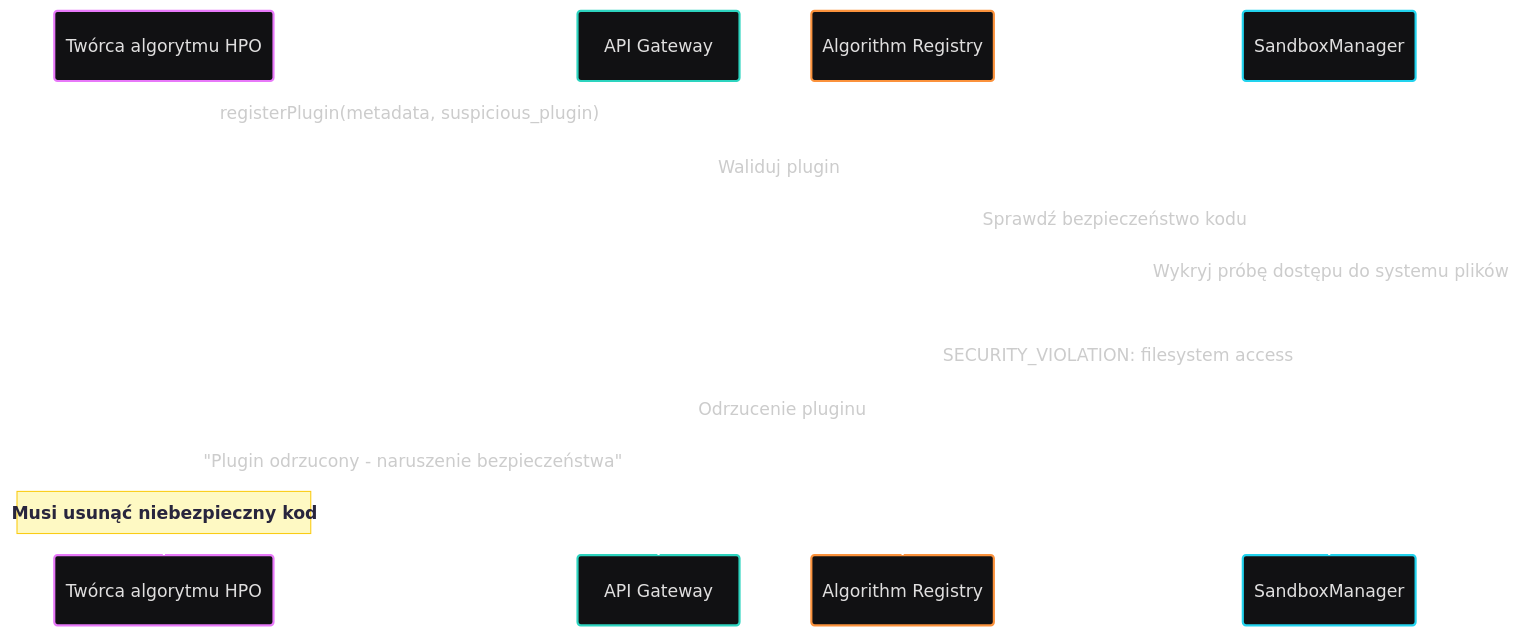
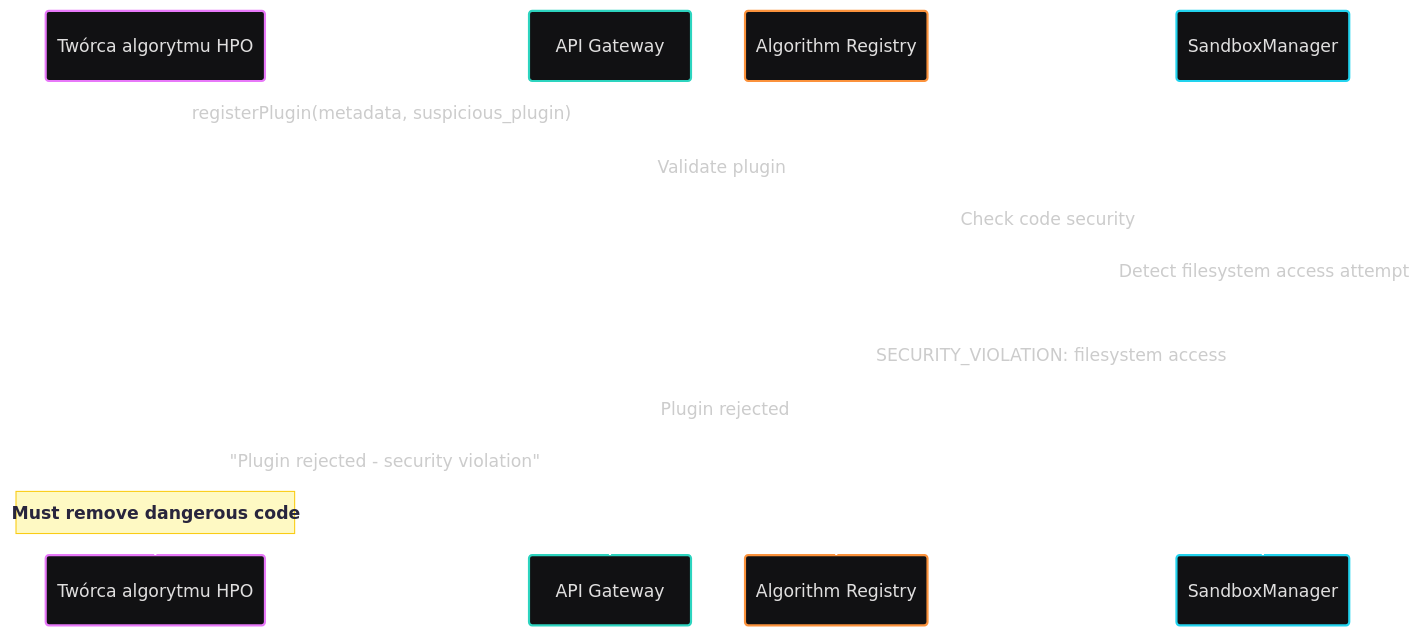
Before and after one commit to jedrzejpolaczek/aviarium.corvidae.corvus_corone: diagram 11 of 33 in docs/requirements/use-cases.md, drawn with Mermaid. The commit also changed other lines of this file and 21 other files, not shown here.

````diff
--- a/docs/requirements/use-cases.md
+++ b/docs/requirements/use-cases.md
@@ -498,19 +498,19 @@
 ```mermaid
 ---
 config:
   theme: redux-dark-color
 ---
 sequenceDiagram
     participant A2 as Twórca algorytmu HPO
     participant API as API Gateway
     participant AR as Algorithm Registry
     participant SM as SandboxManager
     A2->>API: registerPlugin(metadata, suspicious_plugin)
-    API->>AR: Waliduj plugin
-    AR->>SM: Sprawdź bezpieczeństwo kodu
-    SM->>SM: Wykryj próbę dostępu do systemu plików
+    API->>AR: Validate plugin
+    AR->>SM: Check code security
+    SM->>SM: Detect filesystem access attempt
     SM-->>AR: SECURITY_VIOLATION: filesystem access
-    AR-->>API: Odrzucenie pluginu
-    API-->>A2: "Plugin odrzucony - naruszenie bezpieczeństwa"
-    Note over A2: Musi usunąć niebezpieczny kod
+    AR-->>API: Plugin rejected
+    API-->>A2: "Plugin rejected - security violation"
+    Note over A2: Must remove dangerous code
 ```
````
